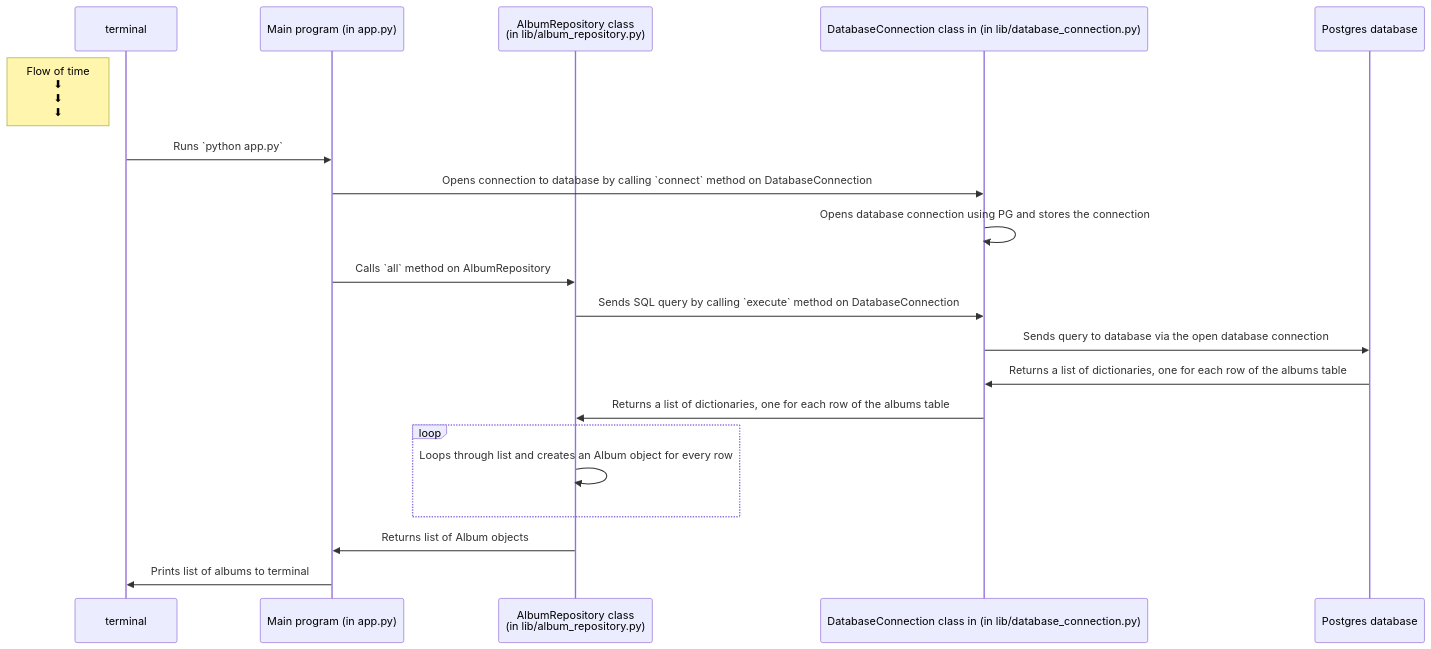
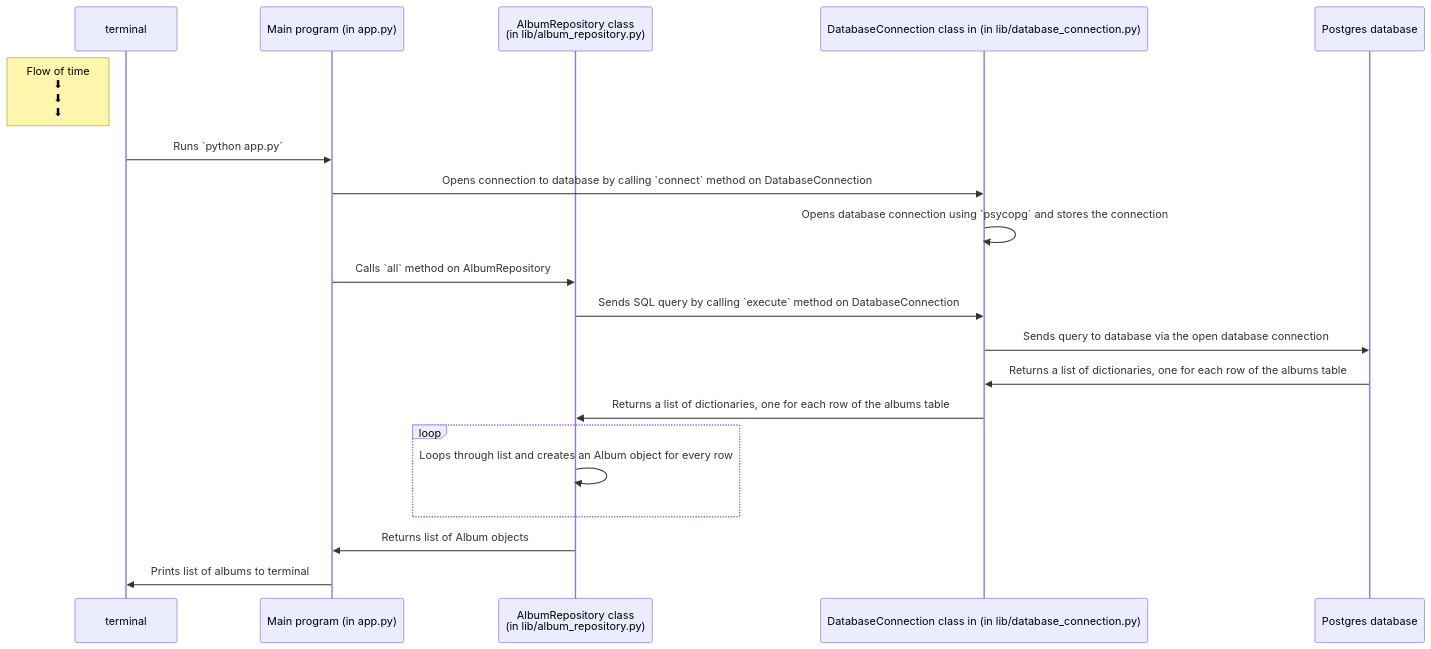
The diagram in diagrams/album_repository_diagram.md (wimdavies/music_library_in_python), drawn with Mermaid before and after one commit.

Commit message:
Fix mistake with psycopg in diagram

````diff
--- a/diagrams/album_repository_diagram.md
+++ b/diagrams/album_repository_diagram.md
@@ -3,25 +3,25 @@
 ```mermaid
 sequenceDiagram
     participant t as terminal
     participant app as Main program (in app.py)
     participant ar as AlbumRepository class <br /> (in lib/album_repository.py)
     participant db_conn as DatabaseConnection class in (in lib/database_connection.py)
     participant db as Postgres database
 
     Note left of t: Flow of time <br />⬇ <br /> ⬇ <br /> ⬇ 
 
     t->>app: Runs `python app.py`
     app->>db_conn: Opens connection to database by calling `connect` method on DatabaseConnection
-    db_conn->>db_conn: Opens database connection using PG and stores the connection
+    db_conn->>db_conn: Opens database connection using `psycopg` and stores the connection
     app->>ar: Calls `all` method on AlbumRepository
     ar->>db_conn: Sends SQL query by calling `execute` method on DatabaseConnection
     db_conn->>db: Sends query to database via the open database connection
     db->>db_conn: Returns a list of dictionaries, one for each row of the albums table
 
     db_conn->>ar: Returns a list of dictionaries, one for each row of the albums table
     loop 
         ar->>ar: Loops through list and creates an Album object for every row
     end
     ar->>app: Returns list of Album objects
     app->>t: Prints list of albums to terminal
 ```
````
